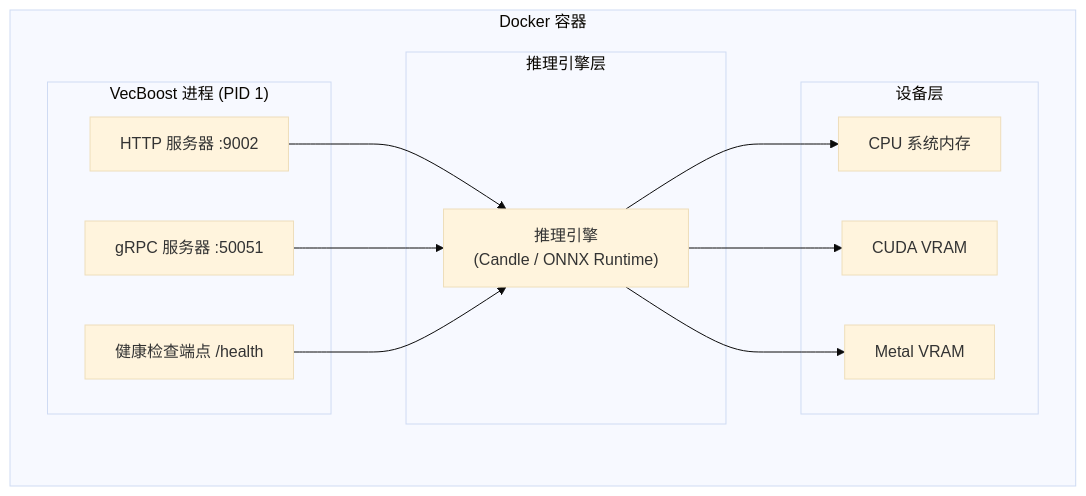
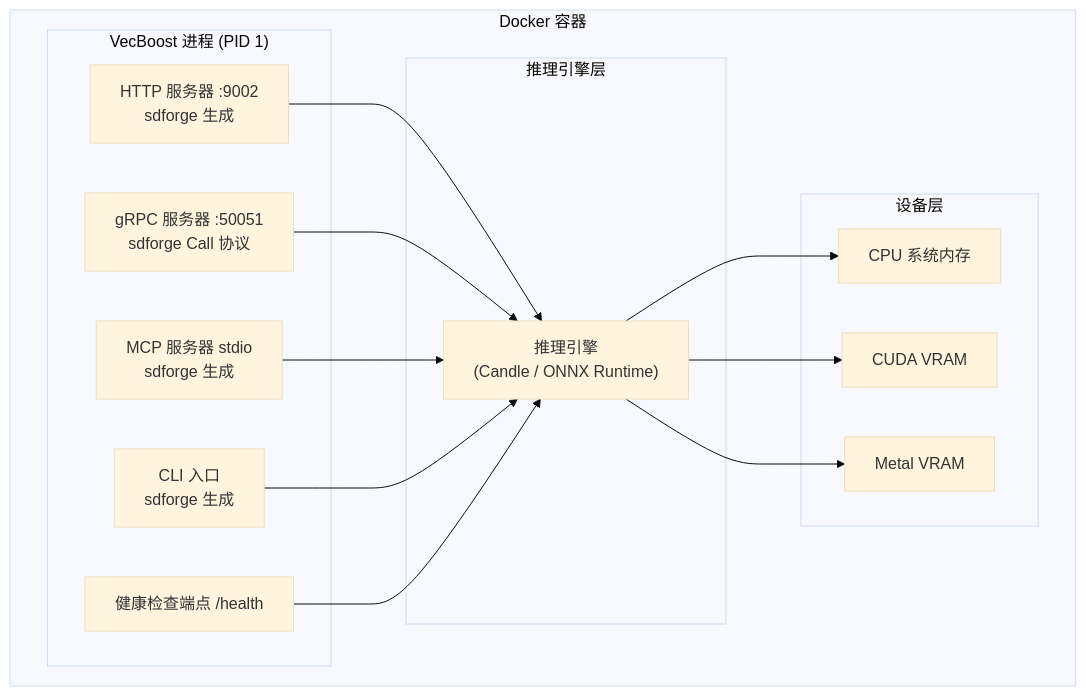
One commit to Kirky-X/vecboost changed the seventh of 7 diagrams in docs/ARCHITECTURE_zh.md. Above: the diagram before and after it, drawn with Mermaid (base theme). The commit also changed other lines of this file and 5 other files, not shown here.

````diff
--- a/docs/ARCHITECTURE_zh.md
+++ b/docs/ARCHITECTURE_zh.md
@@ -634,28 +768,32 @@
 ```mermaid
 graph TB
     subgraph Docker["Docker 容器"]
         subgraph Process["VecBoost 进程 (PID 1)"]
-            HTTP["HTTP 服务器 :9002"]
-            GRPC["gRPC 服务器 :50051"]
+            HTTP["HTTP 服务器 :9002<br/>sdforge 生成"]
+            GRPC["gRPC 服务器 :50051<br/>sdforge Call 协议"]
+            MCP["MCP 服务器 stdio<br/>sdforge 生成"]
+            CLI["CLI 入口<br/>sdforge 生成"]
             Health["健康检查端点 /health"]
         end
 
         subgraph Engine["推理引擎层"]
             InferenceEngine["推理引擎<br/>(Candle / ONNX Runtime)"]
         end
 
         subgraph Device["设备层"]
             CPU["CPU 系统内存"]
             CUDA["CUDA VRAM"]
             Metal["Metal VRAM"]
         end
 
         HTTP --> InferenceEngine
         GRPC --> InferenceEngine
+        MCP --> InferenceEngine
+        CLI --> InferenceEngine
         Health --> InferenceEngine
 
         InferenceEngine --> CPU
         InferenceEngine --> CUDA
         InferenceEngine --> Metal
     end
 ```
````
